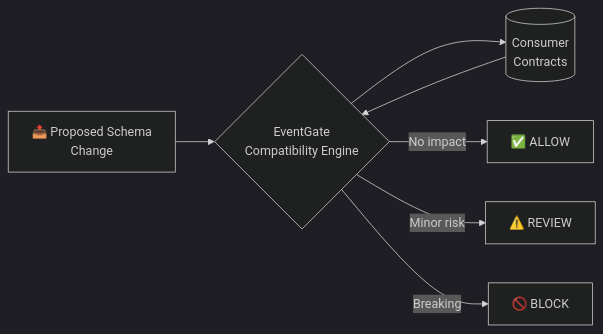
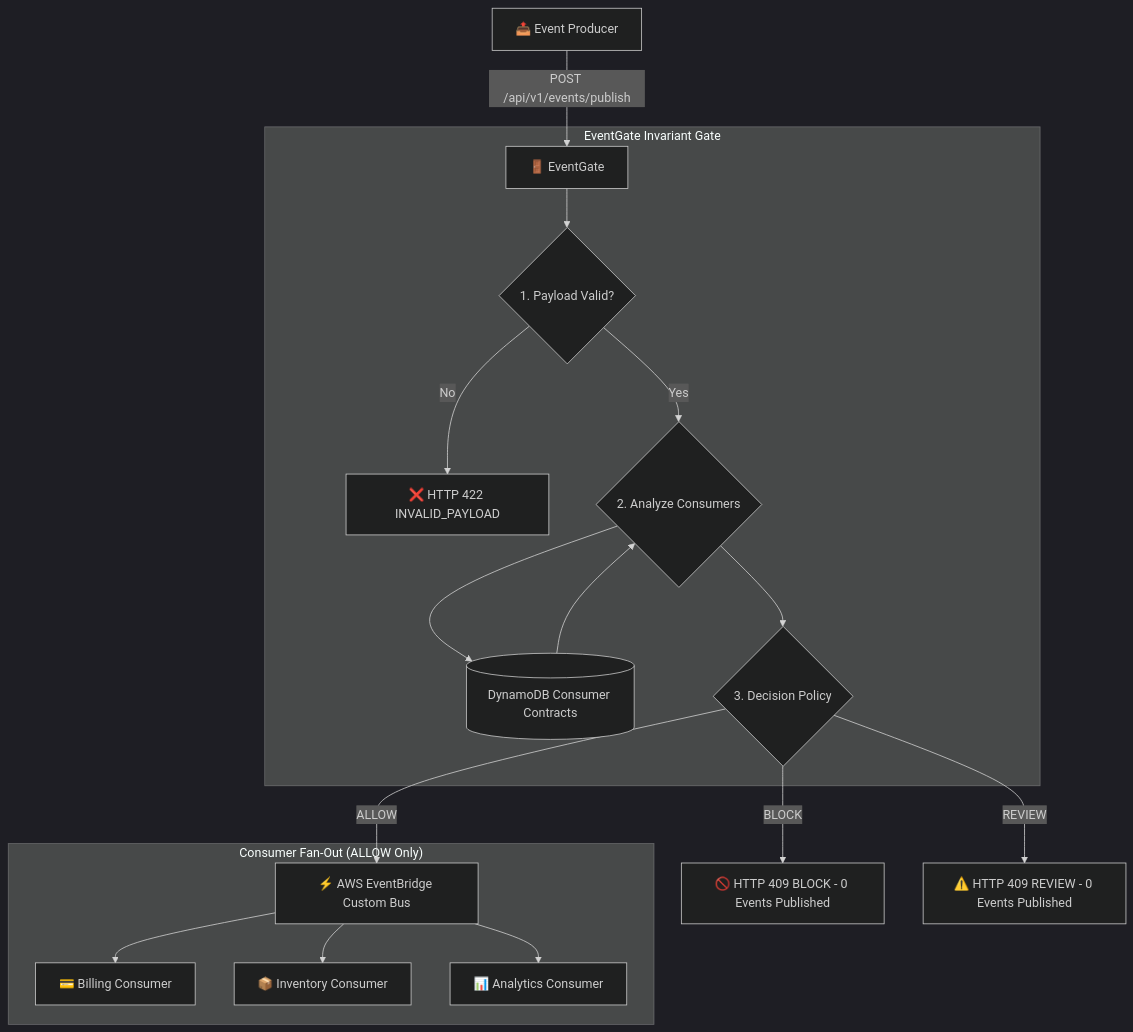
The diagram in README.md (pratyushkandari/primex-eventgate), drawn with Mermaid (dark theme) before and after one commit. The commit also changed other lines of this file and 3 other files, not shown here.

Commit message:
docs: finalize Phase 3 enforcement and EventBridge documentation

````diff
--- a/README.md
+++ b/README.md
@@ -24,9 +31,23 @@
 ```mermaid
-flowchart LR
-    A[📤 Proposed Schema<br/>Change] --> B{EventGate<br/>Compatibility Engine}
-    B --> C[(Consumer<br/>Contracts)]
-    C --> B
-    B -->|No impact| D[✅ ALLOW]
-    B -->|Minor risk| E[⚠️ REVIEW]
-    B -->|Breaking| F[🚫 BLOCK]
+flowchart TD
+    Producer[📤 Event Producer] -->|POST /api/v1/events/publish| Gate[🚪 EventGate]
+    
+    subgraph GatePipeline ["EventGate Invariant Gate"]
+        Gate --> V{1. Payload Valid?}
+        V -->|No| Err[❌ HTTP 422 INVALID_PAYLOAD]
+        V -->|Yes| C{2. Analyze Consumers}
+        C --> D[(DynamoDB Consumer Contracts)]
+        D --> C
+        C --> Policy{3. Decision Policy}
+    end
+
+    Policy -->|ALLOW| Pub[⚡ AWS EventBridge Custom Bus]
+    Policy -->|BLOCK| Blk[🚫 HTTP 409 BLOCK - 0 Events Published]
+    Policy -->|REVIEW| Rev[⚠️ HTTP 409 REVIEW - 0 Events Published]
+
+    subgraph FanOut ["Consumer Fan-Out (ALLOW Only)"]
+        Pub --> B[💳 Billing Consumer]
+        Pub --> I[📦 Inventory Consumer]
+        Pub --> A[📊 Analytics Consumer]
+    end
 ```
````
